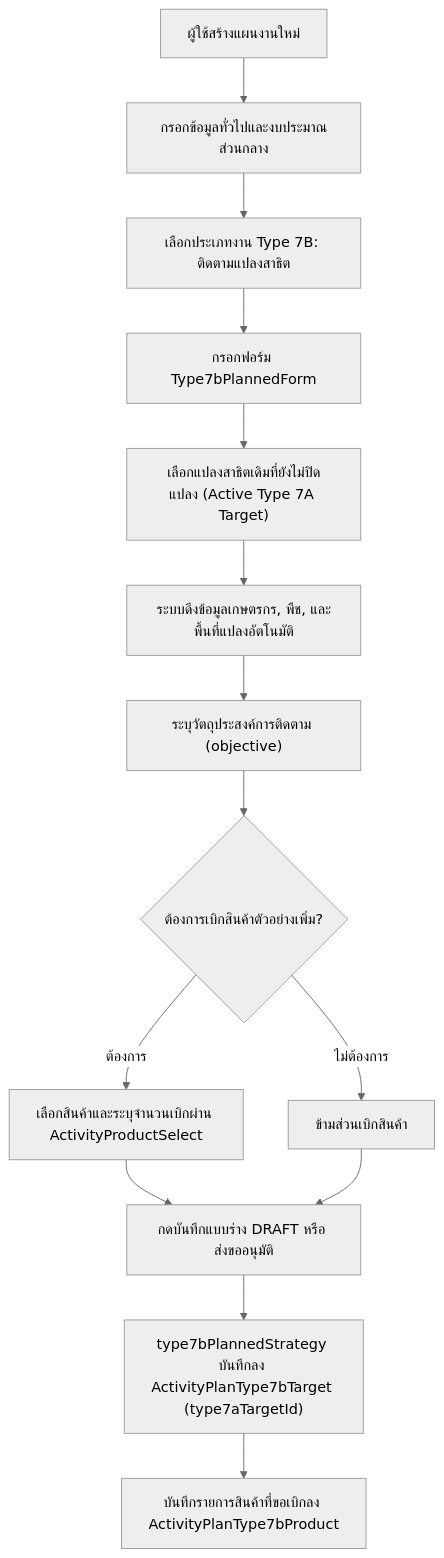
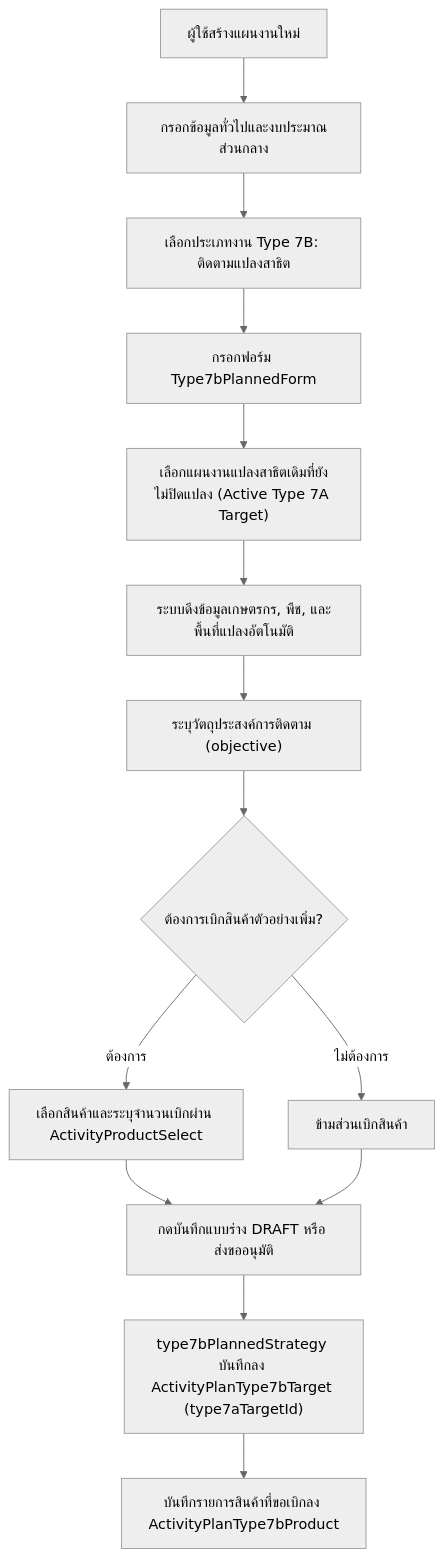
One commit to bankhk10/crm-bank changed the first of 4 diagrams in modules/activity/features/type-7b/README.md. Above: the diagram before and after it, drawn with Mermaid (neutral theme). The commit also changed other lines of this file, not shown here.

````diff
--- a/modules/activity/features/type-7b/README.md
+++ b/modules/activity/features/type-7b/README.md
@@ -66,16 +67,16 @@
 ```mermaid
 graph TD
     A["ผู้ใช้สร้างแผนงานใหม่"] --> B["กรอกข้อมูลทั่วไปและงบประมาณส่วนกลาง"]
     B --> C["เลือกประเภทงาน Type 7B: ติดตามแปลงสาธิต"]
     C --> D["กรอกฟอร์ม Type7bPlannedForm"]
-    D --> E["เลือกแปลงสาธิตเดิมที่ยังไม่ปิดแปลง (Active Type 7A Target)"]
+    D --> E["เลือกแผนงานแปลงสาธิตเดิมที่ยังไม่ปิดแปลง (Active Type 7A Target)"]
     E --> F["ระบบดึงข้อมูลเกษตรกร, พืช, และพื้นที่แปลงอัตโนมัติ"]
     F --> G["ระบุวัตถุประสงค์การติดตาม (objective)"]
     G --> H{"ต้องการเบิกสินค้าตัวอย่างเพิ่ม?"}
     H -->|"ต้องการ"| I["เลือกสินค้าและระบุจำนวนเบิกผ่าน ActivityProductSelect"]
     H -->|"ไม่ต้องการ"| J["ข้ามส่วนเบิกสินค้า"]
     I --> K["กดบันทึกแบบร่าง DRAFT หรือ ส่งขออนุมัติ"]
     J --> K
     K --> L["type7bPlannedStrategy บันทึกลง ActivityPlanType7bTarget (type7aTargetId)"]
     L --> M["บันทึกรายการสินค้าที่ขอเบิกลง ActivityPlanType7bProduct"]
 ```
````
